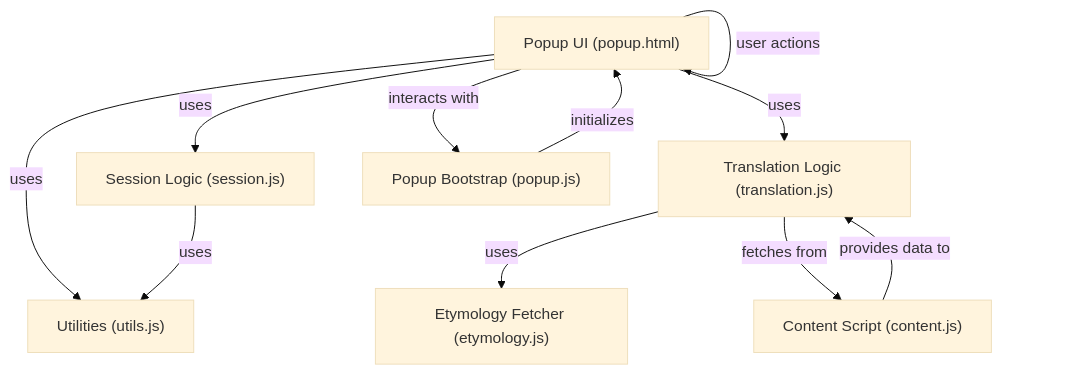
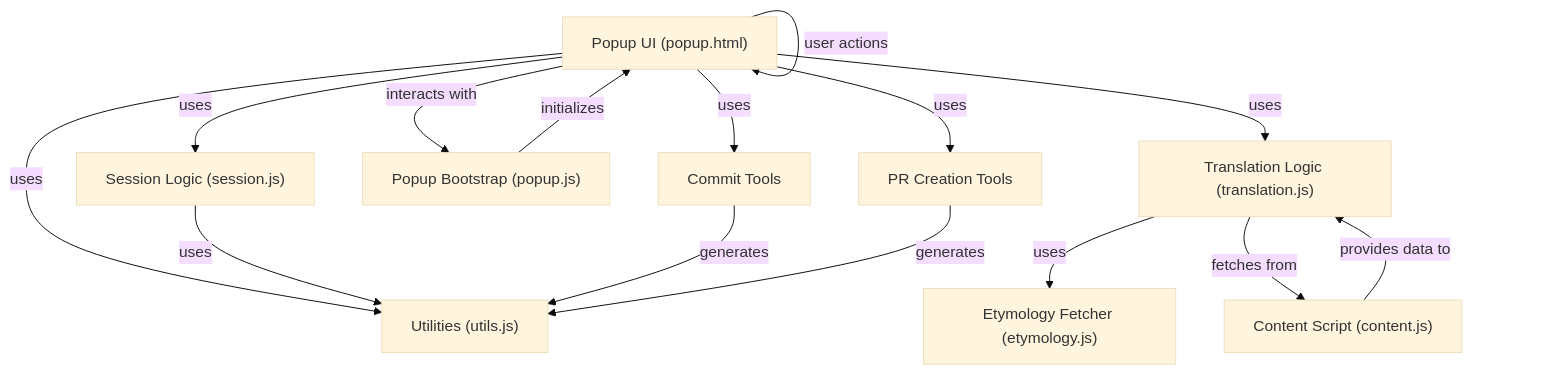
One commit to HsiehShuJeng/scott-edge-extensions changed the first of 9 diagrams in README.md. Above: the diagram before and after it, drawn with Mermaid (base theme). The commit also changed other lines of this file, not shown here.

First line of the commit message:
docs(readme): rewrite overview and add programming tools

````diff
--- a/README.md
+++ b/README.md
@@ -47,21 +79,27 @@
 ```mermaid
 flowchart TD
     UI["Popup UI (popup.html)"]
     ContentScript["Content Script (content.js)"]
     Session["Session Logic (session.js)"]
     Translation["Translation Logic (translation.js)"]
     Etymology["Etymology Fetcher (etymology.js)"]
     Utils["Utilities (utils.js)"]
     PopupJS["Popup Bootstrap (popup.js)"]
+    CommitTools["Commit Tools"]
+    PRTools["PR Creation Tools"]
 
     UI -- interacts with --> PopupJS
     PopupJS -- initializes --> UI
     UI -- uses --> Session
     UI -- uses --> Translation
     UI -- uses --> Utils
+    UI -- uses --> CommitTools
+    UI -- uses --> PRTools
     Translation -- uses --> Etymology
     Translation -- fetches from --> ContentScript
     Session -- uses --> Utils
     ContentScript -- provides data to --> Translation
+    CommitTools -- generates --> Utils
+    PRTools -- generates --> Utils
     UI -- user actions --> UI
 ```
````
